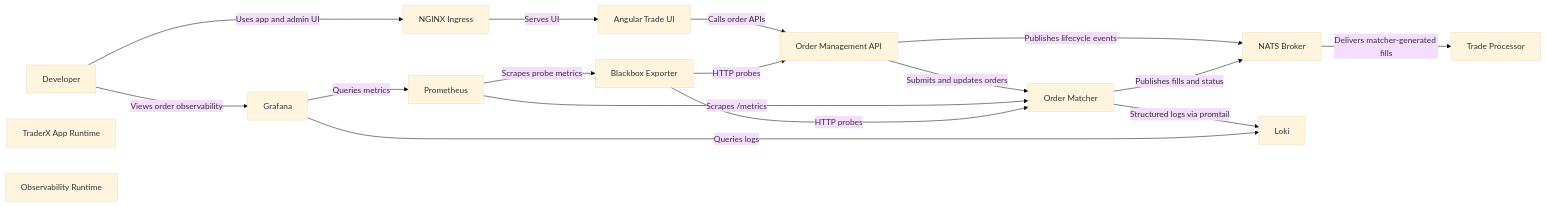
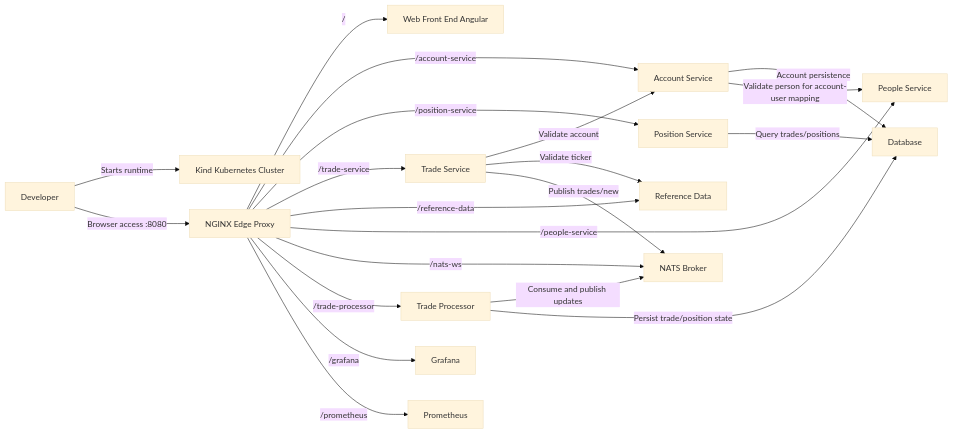
One commit to finos/traderX changed the diagram in docs/learning/component-diagram.md. Above: the diagram before and after it, drawn with Mermaid (base theme). The commit also changed other lines of this file and 138 other files, not shown here.

First line of the commit message:
snapshot: 010-kubernetes-runtime generated from 0313dc7bf828e4933b788834802bda10b8200bf5

````diff
--- a/docs/learning/component-diagram.md
+++ b/docs/learning/component-diagram.md
@@ -5,32 +5,38 @@
 ```mermaid
 flowchart LR
   developer["Developer"]
-  app_runtime["TraderX App Runtime"]
-  obs_runtime["Observability Runtime"]
-  ingress["NGINX Ingress"]
-  trade_ui["Angular Trade UI"]
-  order_api["Order Management API"]
-  order_matcher["Order Matcher"]
+  cluster["Kind Kubernetes Cluster"]
+  edge["NGINX Edge Proxy"]
+  web["Web Front End Angular"]
+  account["Account Service"]
+  position["Position Service"]
+  tradeService["Trade Service"]
+  referenceData["Reference Data"]
+  people["People Service"]
   nats["NATS Broker"]
-  trade_processor["Trade Processor"]
+  tradeProcessor["Trade Processor"]
+  database["Database"]
+  grafana["Grafana"]
   prometheus["Prometheus"]
-  blackbox["Blackbox Exporter"]
-  loki["Loki"]
-  grafana["Grafana"]
 
-  developer -->|Uses app and admin UI| ingress
-  ingress -->|Serves UI| trade_ui
-  trade_ui -->|Calls order APIs| order_api
-  order_api -->|Submits and updates orders| order_matcher
-  order_api -->|Publishes lifecycle events| nats
-  order_matcher -->|Publishes fills and status| nats
-  nats -->|Delivers matcher-generated fills| trade_processor
-  prometheus -->|Scrapes /metrics| order_matcher
-  prometheus -->|Scrapes probe metrics| blackbox
-  blackbox -->|HTTP probes| order_api
-  blackbox -->|HTTP probes| order_matcher
-  order_matcher -->|Structured logs via promtail| loki
-  developer -->|Views order observability| grafana
-  grafana -->|Queries metrics| prometheus
-  grafana -->|Queries logs| loki
+  developer -->|Starts runtime| cluster
+  developer -->|Browser access :8080| edge
+  edge -->|/| web
+  edge -->|/account-service| account
+  edge -->|/position-service| position
+  edge -->|/trade-service| tradeService
+  edge -->|/reference-data| referenceData
+  edge -->|/people-service| people
+  edge -->|/nats-ws| nats
+  edge -->|/trade-processor| tradeProcessor
+  edge -->|/grafana| grafana
+  edge -->|/prometheus| prometheus
+  tradeService -->|Validate account| account
+  tradeService -->|Validate ticker| referenceData
+  tradeService -->|Publish trades/new| nats
+  tradeProcessor -->|Consume and publish updates| nats
+  tradeProcessor -->|Persist trade/position state| database
+  account -->|Account persistence| database
+  position -->|Query trades/positions| database
+  account -->|Validate person for account-user mapping| people
 ```
````
